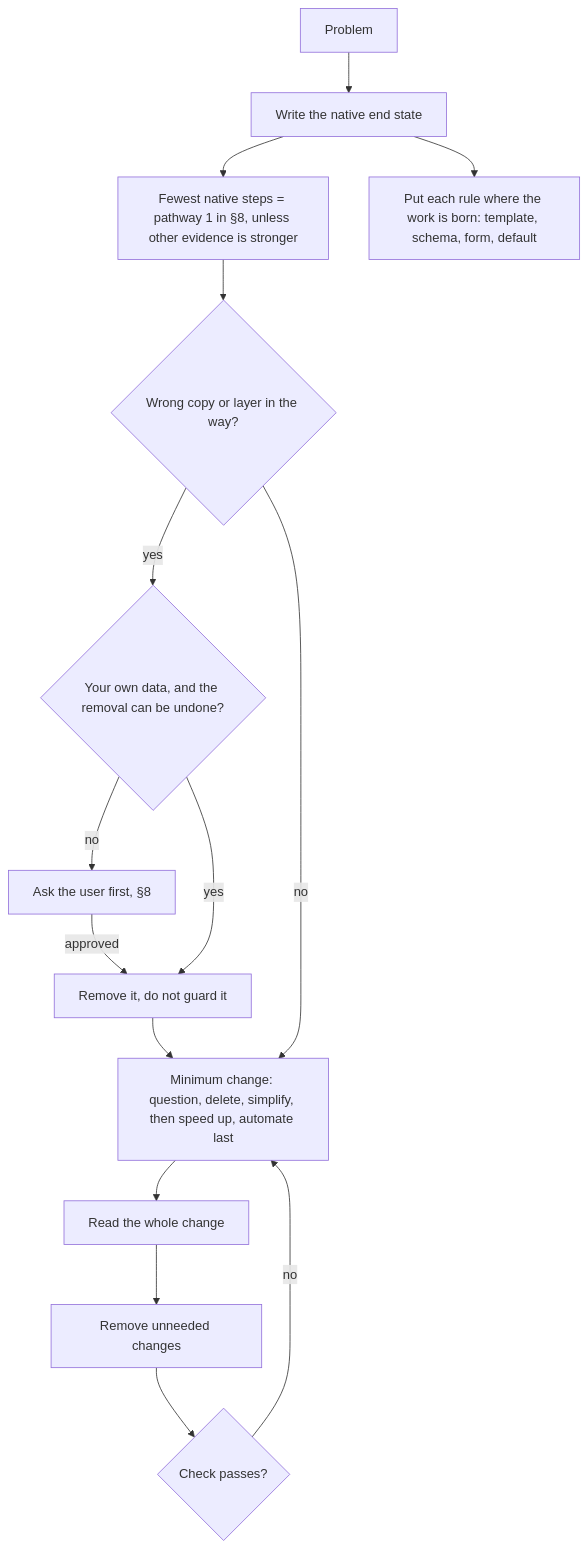
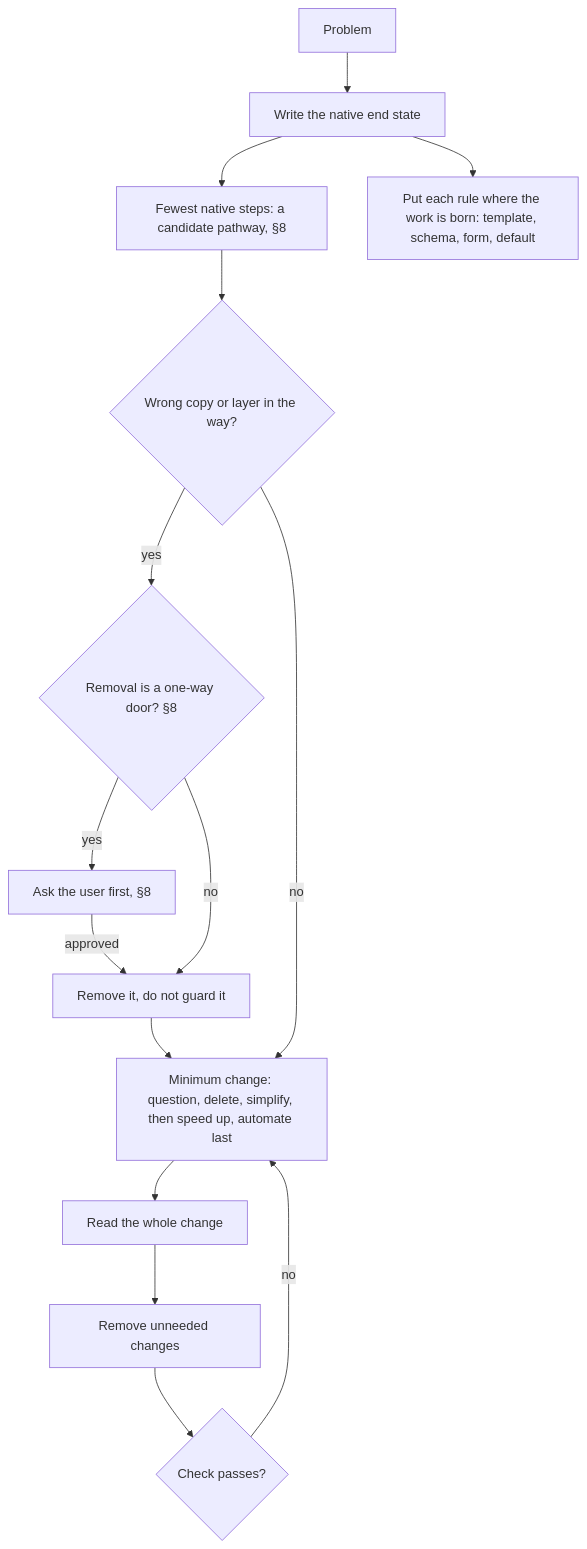
One commit to SolenixAI/arbiter changed the tenth of 14 diagrams in AGENTS.md. Above: the diagram before and after it, drawn with Mermaid. The commit also changed other lines of this file, not shown here.

First line of the commit message:
refactor(agents): one owner per concept, no repeats across sections (#14)

````diff
--- a/AGENTS.md
+++ b/AGENTS.md
@@ -409,11 +406,11 @@
 ```mermaid
 flowchart TD
-  P[Problem] --> E[Write the native end state] --> N[Fewest native steps = pathway 1 in §8, unless other evidence is stronger]
+  P[Problem] --> E[Write the native end state] --> N[Fewest native steps: a candidate pathway, §8]
   N --> W{Wrong copy or layer in the way?}
-  W -->|yes| O{Your own data, and the removal can be undone?}
+  W -->|yes| O{Removal is a one-way door? §8}
   E --> RB[Put each rule where the work is born: template, schema, form, default]
-  O -->|no| AS[Ask the user first, §8] -->|approved| X
-  O -->|yes| X[Remove it, do not guard it] --> M
+  O -->|yes| AS[Ask the user first, §8] -->|approved| X
+  O -->|no| X[Remove it, do not guard it] --> M
   W -->|no| M[Minimum change: question, delete, simplify, then speed up, automate last] --> D[Read the whole change] --> R[Remove unneeded changes] --> C{Check passes?}
   C -->|no| M
 ```
````
